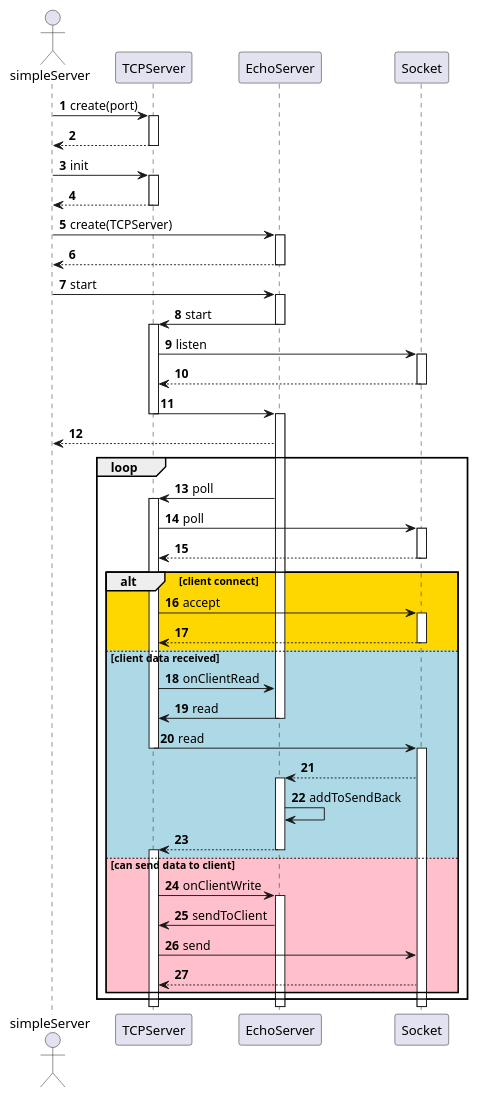
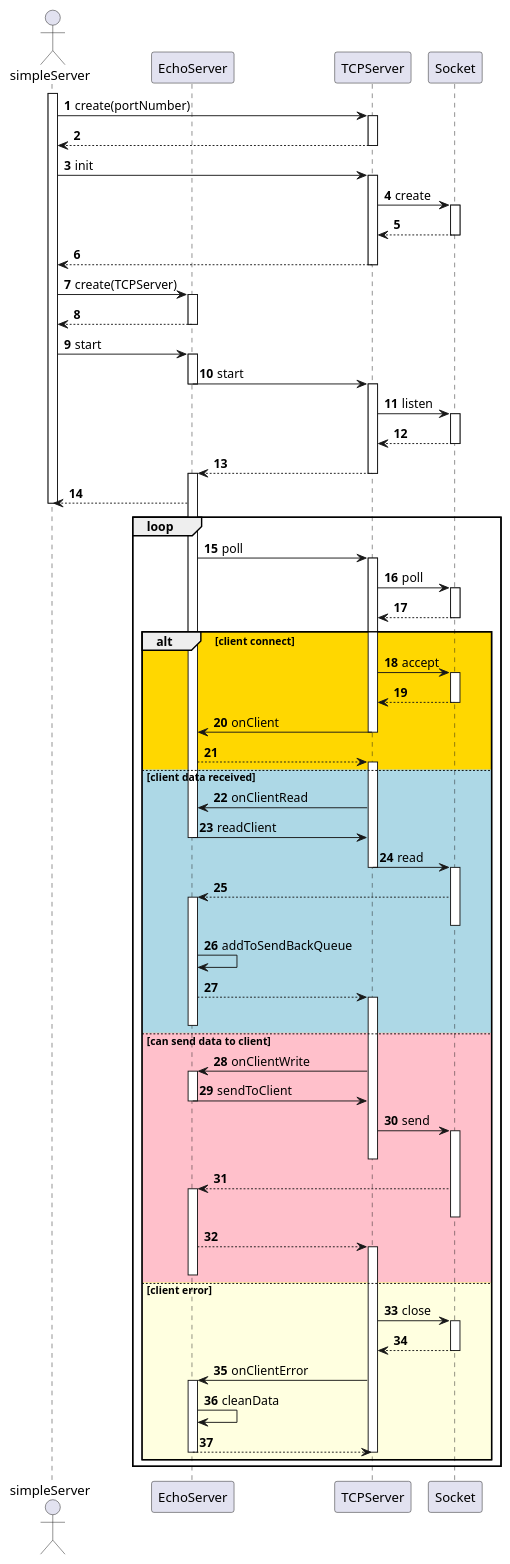
The diagram in ServerSeqence.puml (pingkai/ccuenergyTest), drawn with PlantUML before and after one commit. The commit also changed 3 other files, not shown here.

Commit message:
docs(readme): update ServerSeqence uml picture

```diff
--- a/ServerSeqence.puml
+++ b/ServerSeqence.puml
@@ -1,55 +1,71 @@
 @startuml
 'https://plantuml.com/sequence-diagram
 
 autonumber
 
 actor simpleServer
-
-simpleServer -> TCPServer ++: create(port)
-
+simpleServer ++
+simpleServer -> TCPServer ++: create(portNumber)
 TCPServer --> simpleServer --
 
 simpleServer -> TCPServer++ : init
+TCPServer -> Socket++ : create
+Socket --> TCPServer--
 TCPServer --> simpleServer --
 
 simpleServer -> EchoServer++ : create(TCPServer)
 EchoServer --> simpleServer --
 
 simpleServer -> EchoServer++ : start
 EchoServer -> TCPServer --++: start
 
 TCPServer-> Socket++ : listen
 Socket --> TCPServer --
 
-TCPServer -> EchoServer --++
+TCPServer --> EchoServer --++
 EchoServer -->simpleServer
+
+simpleServer --
 
 loop
     EchoServer ->TCPServer ++: poll
     TCPServer -> Socket ++ : poll
     Socket --> TCPServer--
     alt #Gold client connect
         TCPServer -> Socket ++: accept
         Socket --> TCPServer --
+        TCPServer -> EchoServer --: onClient
+        EchoServer --> TCPServer++
     else #LightBlue client data received
+
         TCPServer -> EchoServer : onClientRead
-        EchoServer -> TCPServer --: read
+        EchoServer -> TCPServer --: readClient
         TCPServer -> Socket --++: read
-        Socket --> EchoServer++
-        EchoServer -> EchoServer : addToSendBack
-        EchoServer --> TCPServer --
+        Socket --> EchoServer++--
+        EchoServer -> EchoServer : addToSendBackQueue
+        EchoServer -->TCPServer ++--
 
     else #Pink can send data to client
-        TCPServer++
-        TCPServer -> EchoServer ++ : onClientWrite
-        EchoServer -> TCPServer  : sendToClient
-        TCPServer -> Socket  : send
-        Socket --> TCPServer
+        TCPServer -> EchoServer ++: onClientWrite
+        EchoServer -> TCPServer -- : sendToClient
+        TCPServer -> Socket ++-- : send
+        Socket --> EchoServer ++--
+        EchoServer -->TCPServer++--
+    else #LightYellow client error
+        TCPServer -> Socket++: close
+        Socket --> TCPServer--
+        TCPServer -> EchoServer ++: onClientError
+        EchoServer -> EchoServer : cleanData
+        EchoServer --> TCPServer--
+        TCPServer--
 
     end
 
 end
-
+participant simpleServer order 1
+participant EchoServer order 2
+participant TCPServer order 3
+participant Socket order 4
 
 
 @enduml
```
